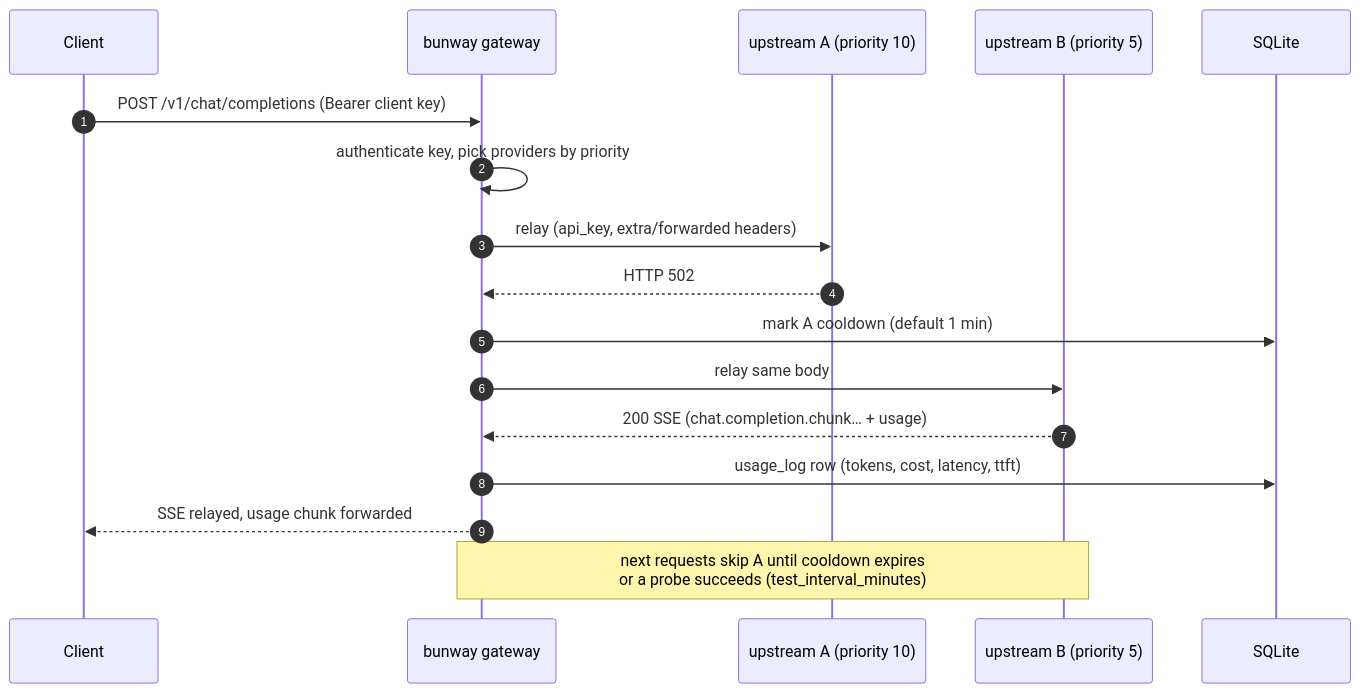
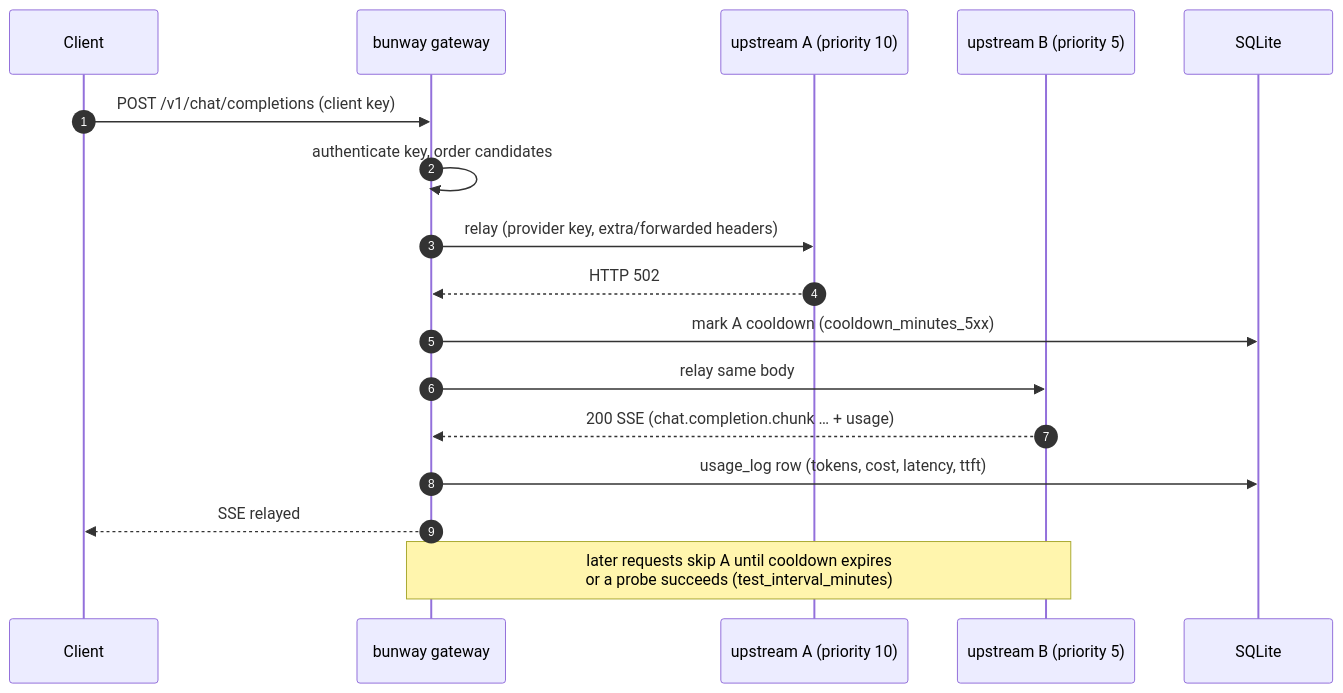
One commit to 35iter-cn/bunway changed the diagram in docs/gateway.md. Above: the diagram before and after it, drawn with Mermaid. The commit also changed other lines of this file and 8 other files, not shown here.

````diff
--- a/docs/gateway.md
+++ b/docs/gateway.md
@@ -25,20 +25,20 @@
 ```mermaid
 sequenceDiagram
     autonumber
     participant C as Client
     participant G as bunway gateway
     participant A as upstream A (priority 10)
     participant B as upstream B (priority 5)
     participant DB as SQLite
 
-    C->>G: POST /v1/chat/completions (Bearer client key)
-    G->>G: authenticate key, pick providers by priority
-    G->>A: relay (api_key, extra/forwarded headers)
+    C->>G: POST /v1/chat/completions (client key)
+    G->>G: authenticate key, order candidates
+    G->>A: relay (provider key, extra/forwarded headers)
     A-->>G: HTTP 502
-    G->>DB: mark A cooldown (default 1 min)
+    G->>DB: mark A cooldown (cooldown_minutes_5xx)
     G->>B: relay same body
-    B-->>G: 200 SSE (chat.completion.chunk… + usage)
+    B-->>G: 200 SSE (chat.completion.chunk … + usage)
     G->>DB: usage_log row (tokens, cost, latency, ttft)
-    G-->>C: SSE relayed, usage chunk forwarded
-    Note over G,B: next requests skip A until cooldown expires<br/>or a probe succeeds (test_interval_minutes)
+    G-->>C: SSE relayed
+    Note over G,B: later requests skip A until cooldown expires<br/>or a probe succeeds (test_interval_minutes)
 ```
````
